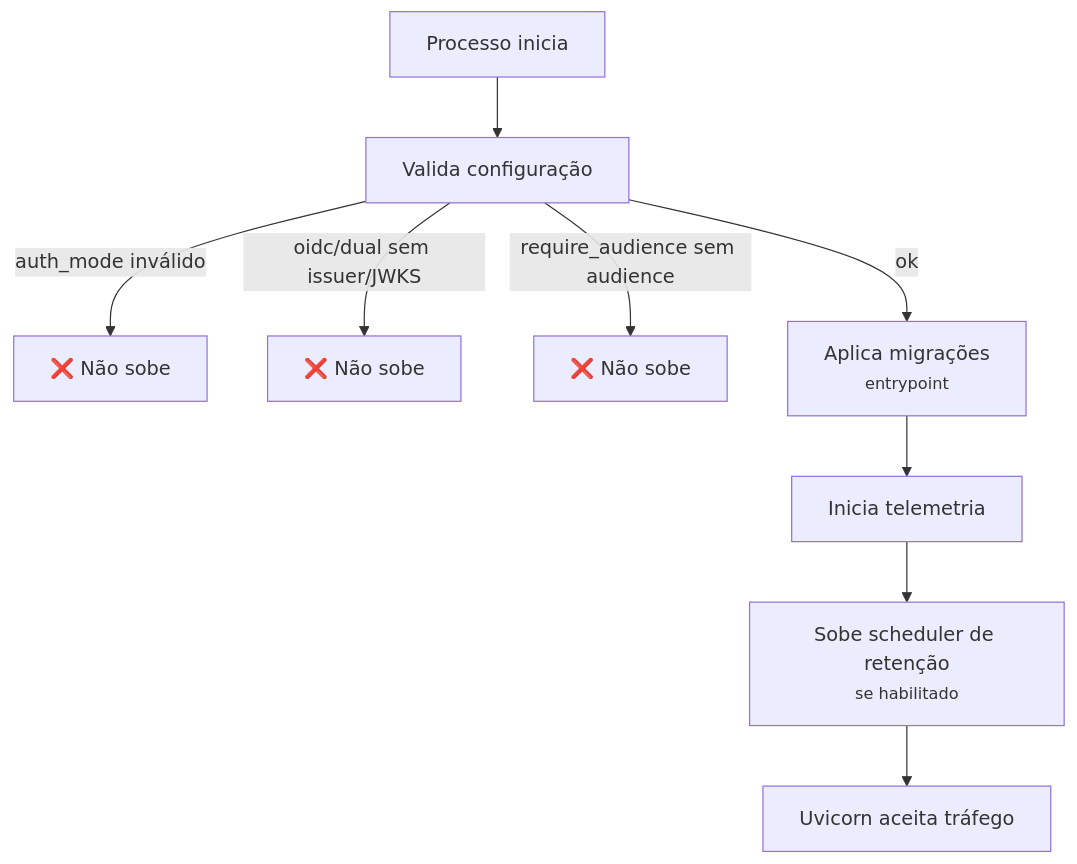
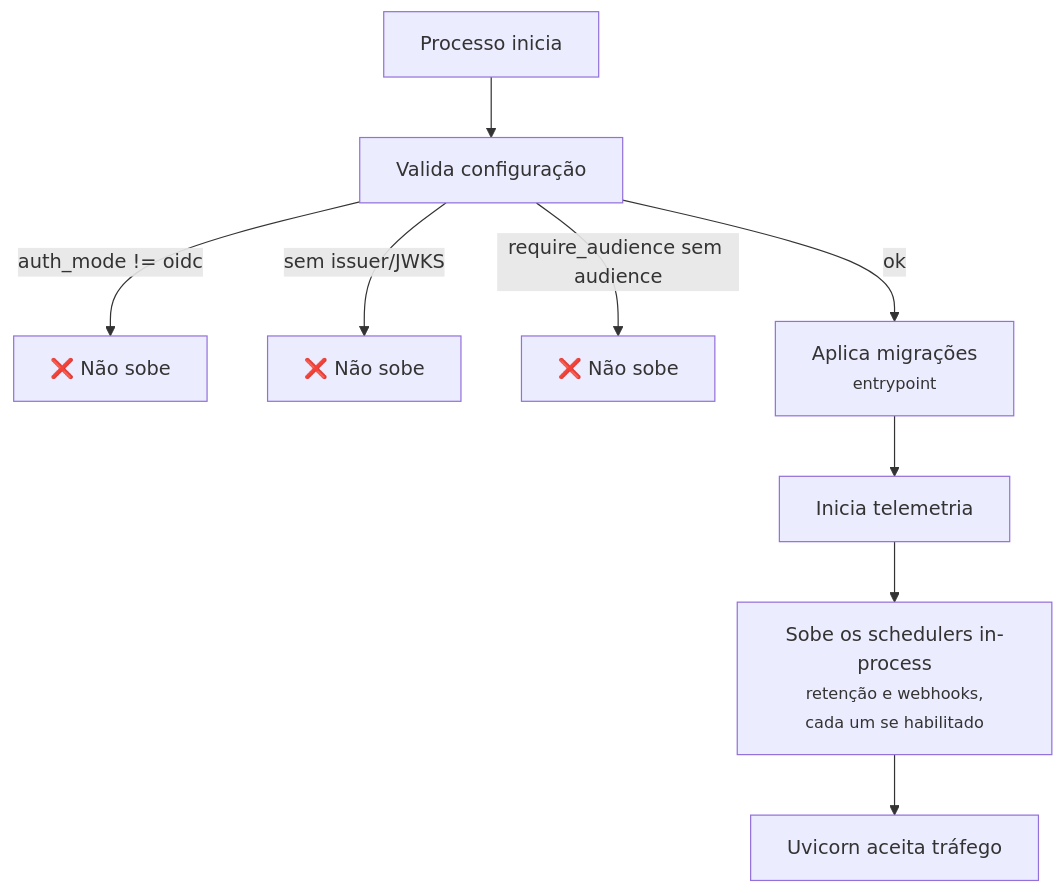
Before and after one commit to MatheusLPolidoro/docs-casehub: the diagram in docs/operacao/deploy.md, drawn with Mermaid. The commit also changed other lines of this file and 30 other files, not shown here.

````diff
--- a/docs/operacao/deploy.md
+++ b/docs/operacao/deploy.md
@@ -5,11 +5,11 @@
 ```mermaid
 flowchart TD
     S["Processo inicia"] --> V["Valida configuração"]
-    V -->|"auth_mode inválido"| F1["❌ Não sobe"]
-    V -->|"oidc/dual sem issuer/JWKS"| F2["❌ Não sobe"]
+    V -->|"auth_mode != oidc"| F1["❌ Não sobe"]
+    V -->|"sem issuer/JWKS"| F2["❌ Não sobe"]
     V -->|"require_audience sem audience"| F3["❌ Não sobe"]
     V -->|ok| M["Aplica migrações<br/><small>entrypoint</small>"]
     M --> T["Inicia telemetria"]
-    T --> R["Sobe scheduler de retenção<br/><small>se habilitado</small>"]
+    T --> R["Sobe os schedulers in-process<br/><small>retenção e webhooks,<br/>cada um se habilitado</small>"]
     R --> U["Uvicorn aceita tráfego"]
 ```
````
